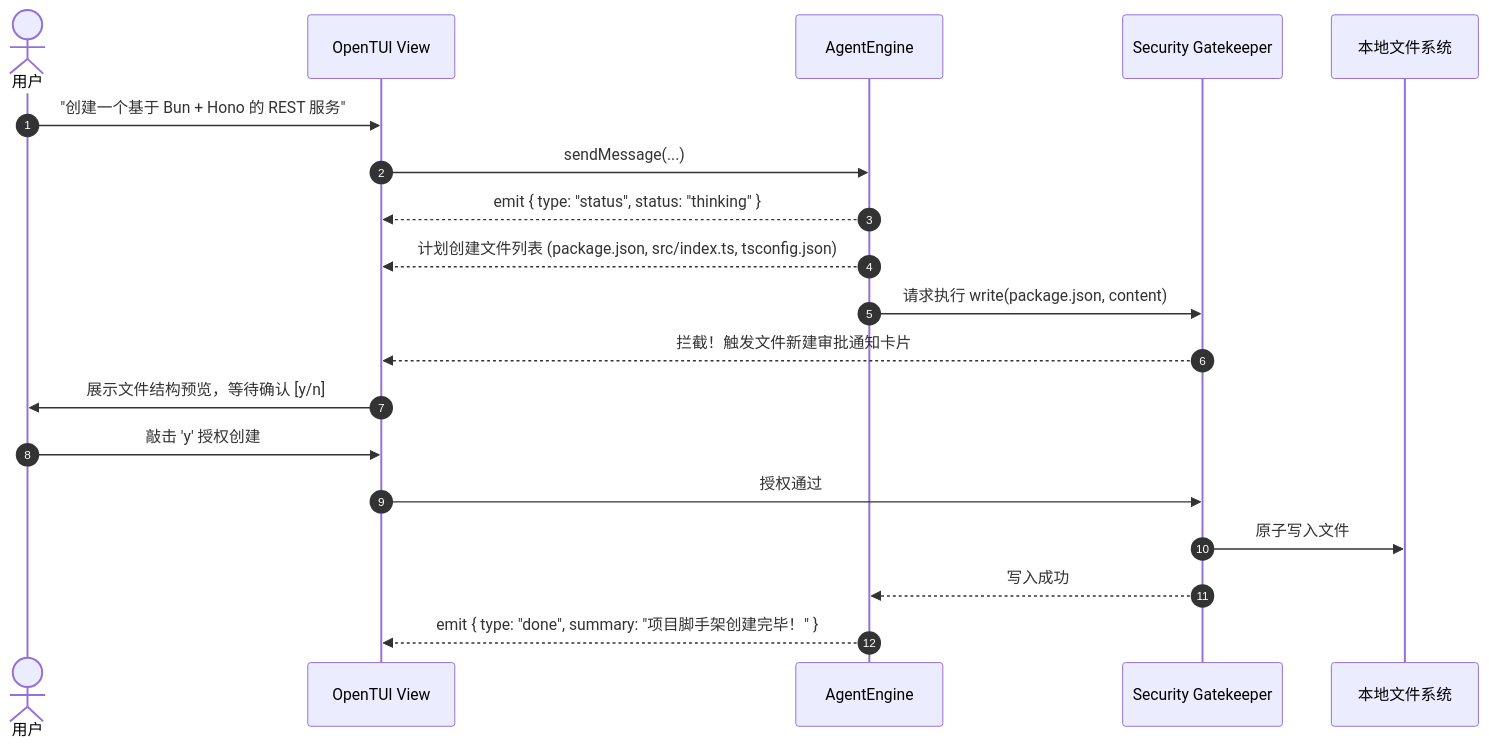
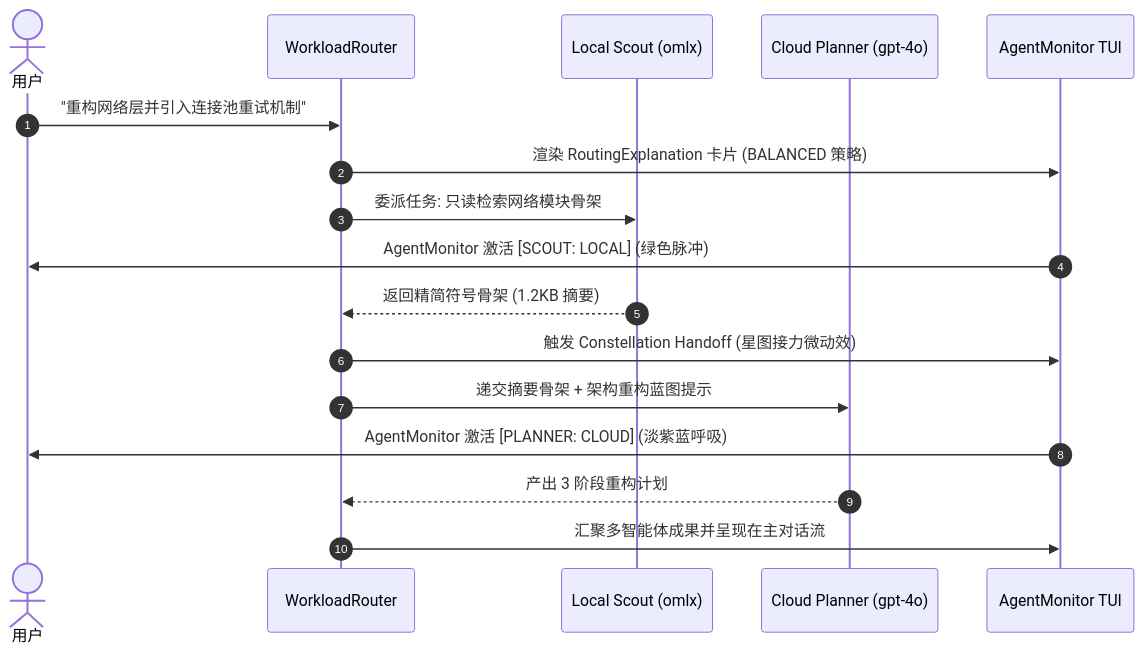
One commit to Aoody743/nightglide-cli changed the second of 2 diagrams in docs/UX_FLOWS.md. Above: the diagram before and after it, drawn with Mermaid. The commit also changed other lines of this file and 6 other files, not shown here.

````diff
--- a/docs/UX_FLOWS.md
+++ b/docs/UX_FLOWS.md
@@ -157,22 +199,20 @@
 ```mermaid
 sequenceDiagram
     autonumber
     actor User as 用户
-    participant UI as OpenTUI View
-    participant Engine as AgentEngine
-    participant Sec as Security Gatekeeper
-    participant Disk as 本地文件系统
+    participant Director as WorkloadRouter
+    participant Scout as Local Scout (omlx)
+    participant Plan as Cloud Planner (gpt-4o)
+    participant UI as AgentMonitor TUI
 
-    User->>UI: "创建一个基于 Bun + Hono 的 REST 服务"
-    UI->>Engine: sendMessage(...)
-    Engine-->>UI: emit { type: "status", status: "thinking" }
-    Engine-->>UI: 计划创建文件列表 (package.json, src/index.ts, tsconfig.json)
-    Engine->>Sec: 请求执行 write(package.json, content)
-    Sec-->>UI: 拦截！触发文件新建审批通知卡片
-    UI->>User: 展示文件结构预览，等待确认 [y/n]
-    User->>UI: 敲击 'y' 授权创建
-    UI->>Sec: 授权通过
-    Sec->>Disk: 原子写入文件
-    Sec-->>Engine: 写入成功
-    Engine-->>UI: emit { type: "done", summary: "项目脚手架创建完毕！" }
+    User->>Director: "重构网络层并引入连接池重试机制"
+    Director->>UI: 渲染 RoutingExplanation 卡片 (BALANCED 策略)
+    Director->>Scout: 委派任务: 只读检索网络模块骨架
+    UI->>User: AgentMonitor 激活 [SCOUT: LOCAL] (绿色脉冲)
+    Scout-->>Director: 返回精简符号骨架 (1.2KB 摘要)
+    Director->>UI: 触发 Constellation Handoff (星图接力微动效)
+    Director->>Plan: 递交摘要骨架 + 架构重构蓝图提示
+    UI->>User: AgentMonitor 激活 [PLANNER: CLOUD] (淡紫蓝呼吸)
+    Plan-->>Director: 产出 3 阶段重构计划
+    Director->>UI: 汇聚多智能体成果并呈现在主对话流
 ```
````
